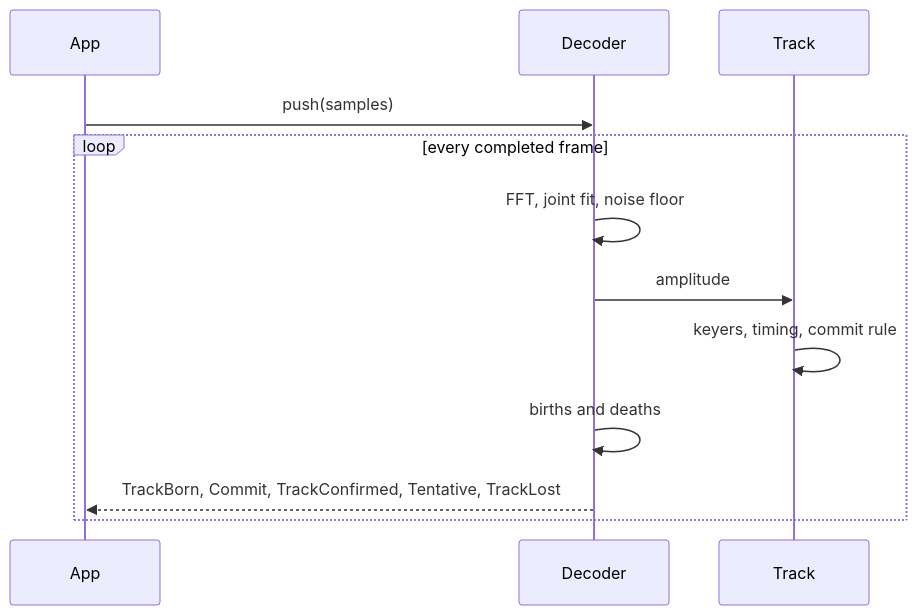
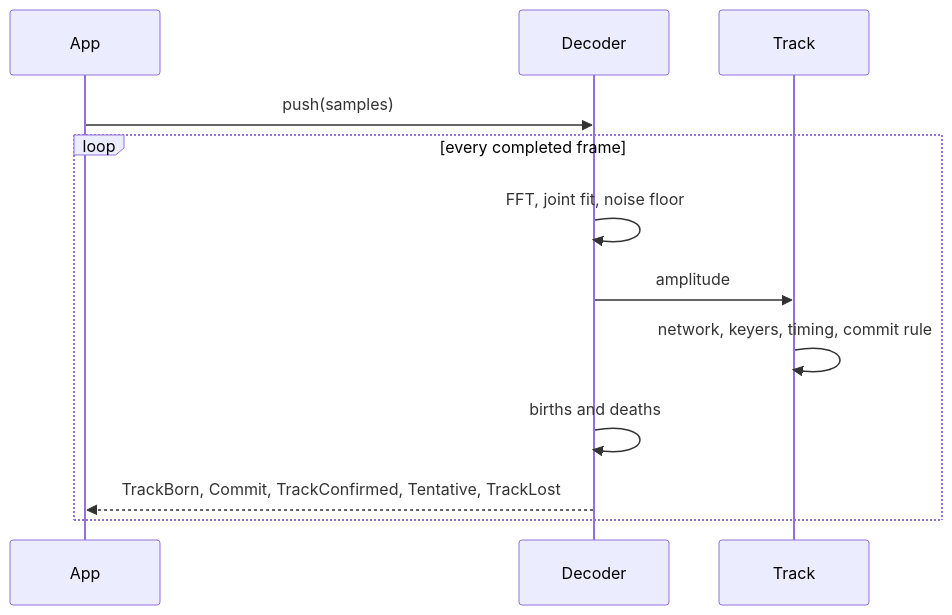
Before and after one commit to nextzlog/rumo: the fifth of 6 diagrams in README.md, drawn with Mermaid. The commit also changed other lines of this file and 10 other files, not shown here.

````diff
--- a/README.md
+++ b/README.md
@@ -106,14 +124,14 @@
 ```mermaid
 sequenceDiagram
   participant App
   participant Decoder
   participant Track
   App->>Decoder: push(samples)
   loop every completed frame
     Decoder->>Decoder: FFT, joint fit, noise floor
     Decoder->>Track: amplitude
-    Track->>Track: keyers, timing, commit rule
+    Track->>Track: network, keyers, timing, commit rule
     Decoder->>Decoder: births and deaths
     Decoder-->>App: TrackBorn, Commit, TrackConfirmed, Tentative, TrackLost
   end
 ```
````
